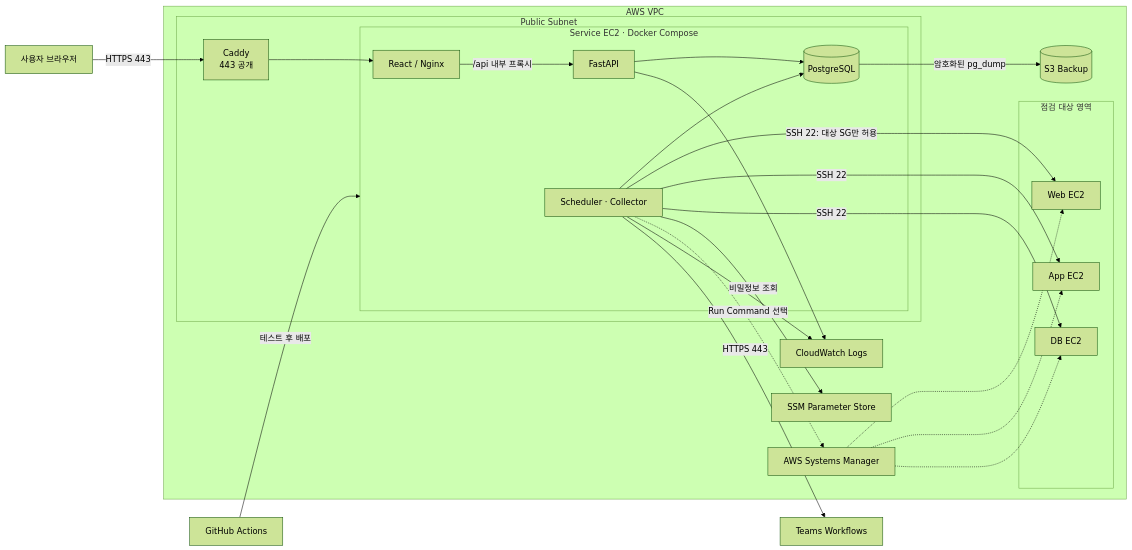
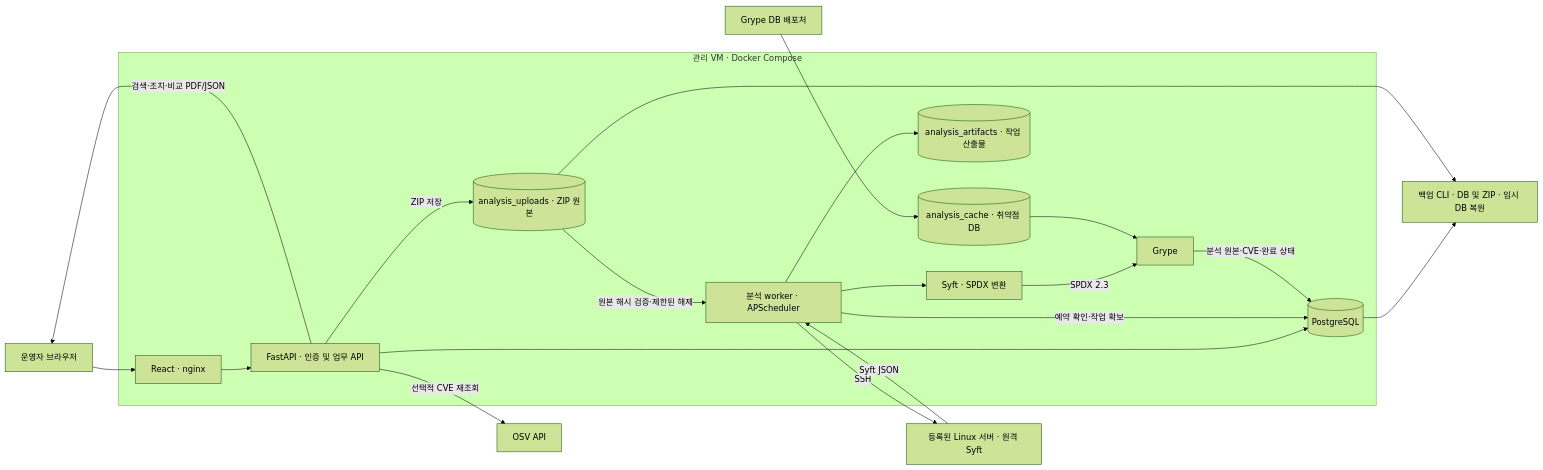
The first of 2 diagrams in docs/ARCHITECTURE.md (adieud99/eolwatch), drawn with Mermaid (forest theme) before and after one commit. The commit also changed other lines of this file and 261 other files, not shown here.

````diff
--- a/docs/ARCHITECTURE.md
+++ b/docs/ARCHITECTURE.md
@@ -110,49 +7,34 @@
 ```mermaid
 flowchart LR
-    user[사용자 브라우저]
-    github[GitHub Actions]
-
-    subgraph aws[AWS VPC]
-        subgraph public[Public Subnet]
-            caddy[Caddy\n443 공개]
-            subgraph service[Service EC2 · Docker Compose]
-                web[React / Nginx]
-                api[FastAPI]
-                worker[Scheduler · Collector]
-                db[(PostgreSQL)]
-            end
-        end
-
-        subgraph private[점검 대상 영역]
-            target1[Web EC2]
-            target2[App EC2]
-            target3[DB EC2]
-        end
-
-        s3[(S3 Backup)]
-        parameter[SSM Parameter Store]
-        ssm[AWS Systems Manager]
-        cloudwatch[CloudWatch Logs]
+    Browser[운영자 브라우저]
+    subgraph Controller[관리 VM · Docker Compose]
+        Web[React · nginx]
+        API[FastAPI · 인증 및 업무 API]
+        DB[(PostgreSQL)]
+        Worker[분석 worker · APScheduler]
+        Syft[Syft · SPDX 변환]
+        Grype[Grype]
+        Upload[(analysis_uploads · ZIP 원본)]
+        Artifacts[(analysis_artifacts · 작업 산출물)]
+        Cache[(analysis_cache · 취약점 DB)]
     end
-
-    teams[Teams Workflows]
-
-    user -->|HTTPS 443| caddy
-    caddy --> web
-    web -->|/api 내부 프록시| api
-    api --> db
-    worker --> db
-    worker -->|SSH 22: 대상 SG만 허용| target1
-    worker -->|SSH 22| target2
-    worker -->|SSH 22| target3
-    worker -->|비밀정보 조회| parameter
-    worker -.->|Run Command 선택| ssm
-    ssm -.-> target1
-    ssm -.-> target2
-    ssm -.-> target3
-    db -->|암호화된 pg_dump| s3
-    api --> cloudwatch
-    worker --> cloudwatch
-    worker -->|HTTPS 443| teams
-    github -->|테스트 후 배포| service
+    Target[등록된 Linux 서버 · 원격 Syft]
+    Feed[Grype DB 배포처]
+    OSV[OSV API]
+    Backup[백업 CLI · DB 및 ZIP · 임시 DB 복원]
+    Browser --> Web --> API
+    API --> DB
+    API -->|ZIP 저장| Upload
+    API -->|선택적 CVE 재조회| OSV
+    Worker -->|예약 확인·작업 확보| DB
+    Worker -->|SSH| Target
+    Target -->|Syft JSON| Worker
+    Upload -->|원본 해시 검증·제한된 해제| Worker
+    Worker --> Syft -->|SPDX 2.3| Grype
+    Feed --> Cache --> Grype
+    Grype -->|분석 원본·CVE·완료 상태| DB
+    Worker --> Artifacts
+    API -->|검색·조치·비교 PDF/JSON| Browser
+    DB --> Backup
+    Upload --> Backup
 ```
````
